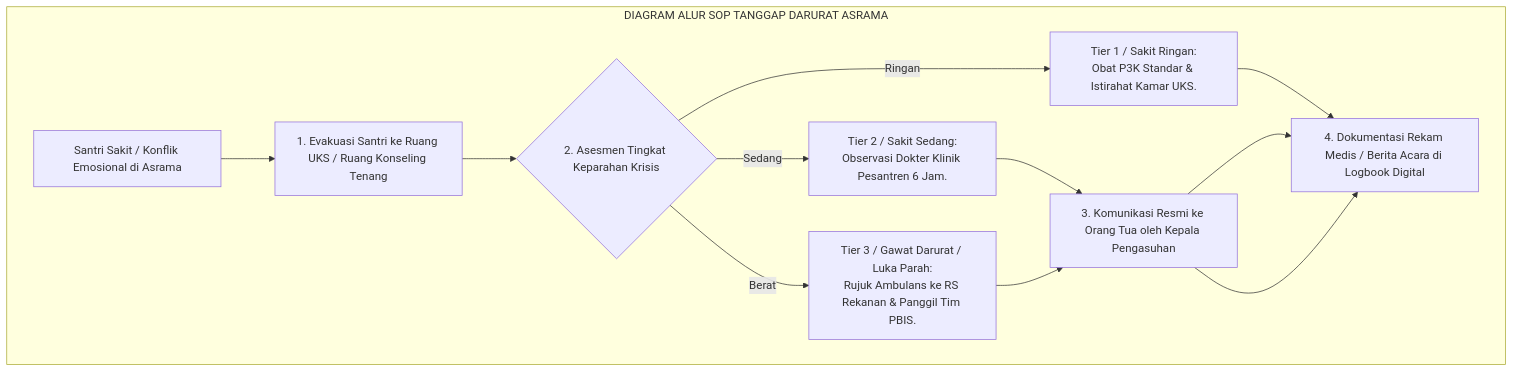
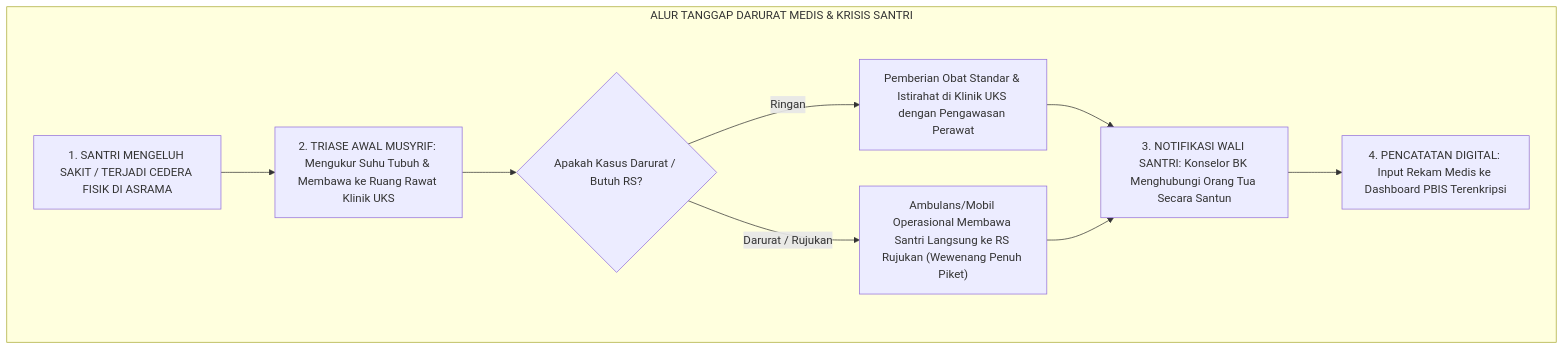
One commit to wandiapriliyandi/tumbuh changed the third of 3 diagrams in 02 Principles/02 Design Principles/P2-02-03-Prinsip-Desain-SOP-dan-Alur-Kerja-Musyrif.md. Above: the diagram before and after it, drawn with Mermaid. The commit also changed other lines of this file and 7 other files, not shown here.

````diff
--- a/02 Principles/02 Design Principles/P2-02-03-Prinsip-Desain-SOP-dan-Alur-Kerja-Musyrif.md
+++ b/02 Principles/02 Design Principles/P2-02-03-Prinsip-Desain-SOP-dan-Alur-Kerja-Musyrif.md
@@ -226,23 +156,15 @@
 ```mermaid
-graph TD
-    subgraph AlurPenangananKrisisTerpadu["DIAGRAM ALUR SOP TANGGAP DARURAT ASRAMA"]
-        Start["Santri Sakit / Konflik Emosional di Asrama"]
+flowchart TD
+    subgraph AlurTanggapDaruratMedis["ALUR TANGGAP DARURAT MEDIS & KRISIS SANTRI"]
+        Laporan["1. SANTRI MENGELUH SAKIT / TERJADI CEDERA FISIK DI ASRAMA"]
+        --> TriaseUKS["2. TRIASE AWAL MUSYRIF: Mengukur Suhu Tubuh & Membawa ke Ruang Rawat Klinik UKS"]
         
-        Isolasi["1. Evakuasi Santri ke Ruang UKS / Ruang Konseling Tenang"]
+        TriaseUKS --> KeputusanMedis{"Apakah Kasus Darurat / Butuh RS?"}
         
-        Asesmen{"2. Asesmen Tingkat Keparahan Krisis"}
+        KeputusanMedis -- Ringan --> RawatUKS["Pemberian Obat Standar & Istirahat di Klinik UKS dengan Pengawasan Perawat"]
+        KeputusanMedis -- Darurat / Rujukan --> EvakuasiRS["Ambulans/Mobil Operasional Membawa Santri Langsung ke RS Rujukan (Wewenang Penuh Piket)"]
         
-        Ringan["Tier 1 / Sakit Ringan:<br/>Obat P3K Standar & Istirahat Kamar UKS."]
-        Sedang["Tier 2 / Sakit Sedang:<br/>Observasi Dokter Klinik Pesantren 6 Jam."]
-        Berat["Tier 3 / Gawat Darurat / Luka Parah:<br/>Rujuk Ambulans ke RS Rekanan & Panggil Tim PBIS."]
-        
-        KomunikasiWali["3. Komunikasi Resmi ke Orang Tua oleh Kepala Pengasuhan"]
-        
-        Pencatatan["4. Dokumentasi Rekam Medis / Berita Acara di Logbook Digital"]
-        
-        Start --> Isolasi --> Asesmen
-        Asesmen -->|Ringan| Ringan --> Pencatatan
-        Asesmen -->|Sedang| Sedang --> KomunikasiWali --> Pencatatan
-        Asesmen -->|Berat| Berat --> KomunikasiWali --> Pencatatan
+        RawatUKS & EvakuasiRS --> NotifikasiWali["3. NOTIFIKASI WALI SANTRI: Konselor BK Menghubungi Orang Tua Secara Santun"]
+        --> InputLogbook["4. PENCATATAN DIGITAL: Input Rekam Medis ke Dashboard PBIS Terenkripsi"]
     end
 ```
````
